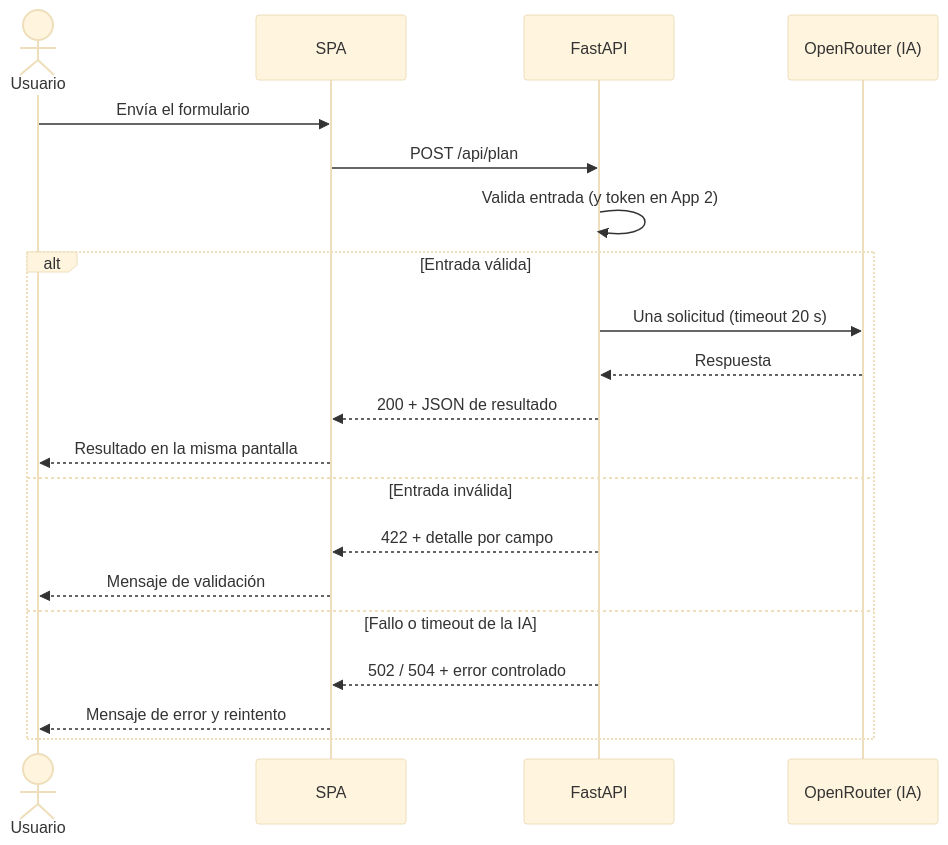
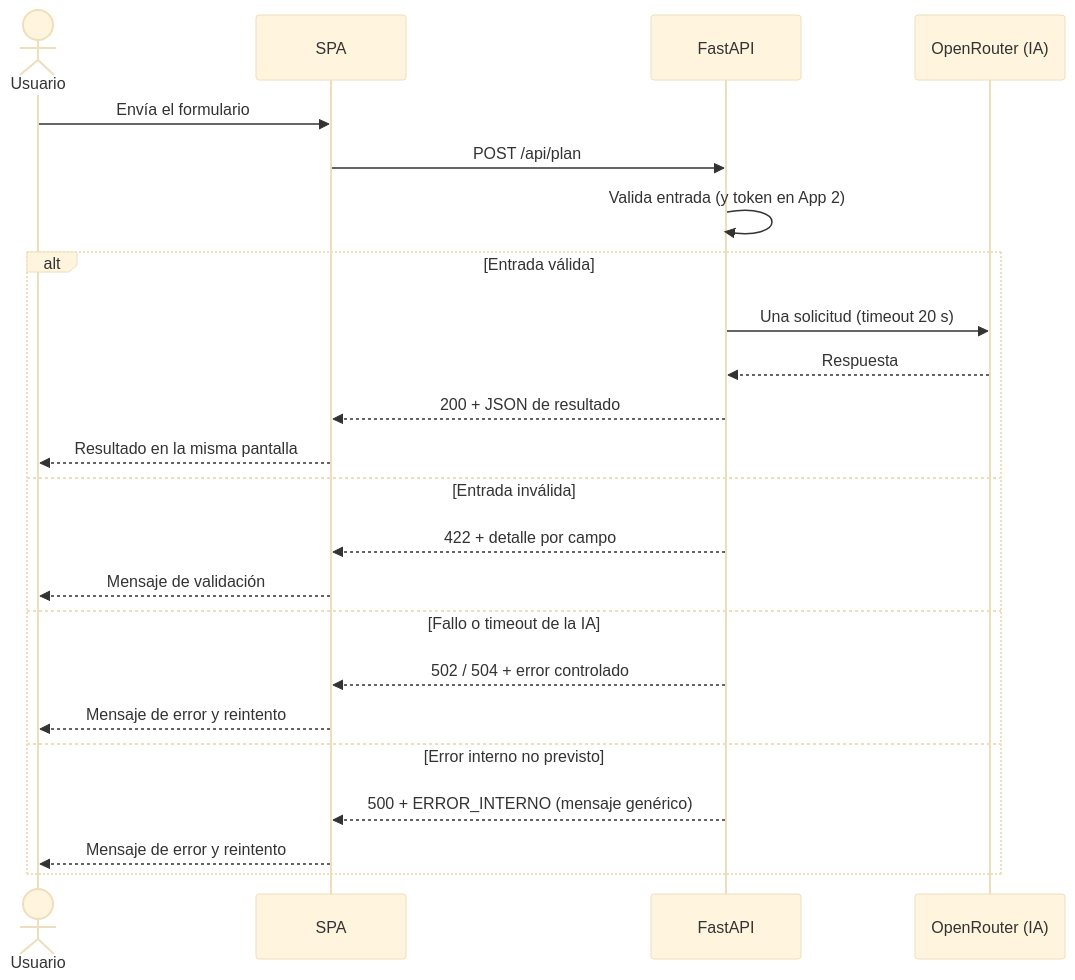
One commit to albertoieszaidinvergeles/planificador-itinerarios changed the second of 2 diagrams in docs/ERS.md. Above: the diagram before and after it, drawn with Mermaid (base theme). The commit also changed other lines of this file and 15 other files, not shown here.

````diff
--- a/docs/ERS.md
+++ b/docs/ERS.md
@@ -134,22 +135,25 @@
 ```mermaid
 sequenceDiagram
     actor U as Usuario
     participant F as SPA
     participant B as FastAPI
     participant I as OpenRouter (IA)
     U->>F: Envía el formulario
     F->>B: POST /api/plan
     B->>B: Valida entrada (y token en App 2)
     alt Entrada válida
         B->>I: Una solicitud (timeout 20 s)
         I-->>B: Respuesta
         B-->>F: 200 + JSON de resultado
         F-->>U: Resultado en la misma pantalla
     else Entrada inválida
         B-->>F: 422 + detalle por campo
         F-->>U: Mensaje de validación
     else Fallo o timeout de la IA
         B-->>F: 502 / 504 + error controlado
         F-->>U: Mensaje de error y reintento
+    else Error interno no previsto
+        B-->>F: 500 + ERROR_INTERNO (mensaje genérico)
+        F-->>U: Mensaje de error y reintento
     end
 ```
````
